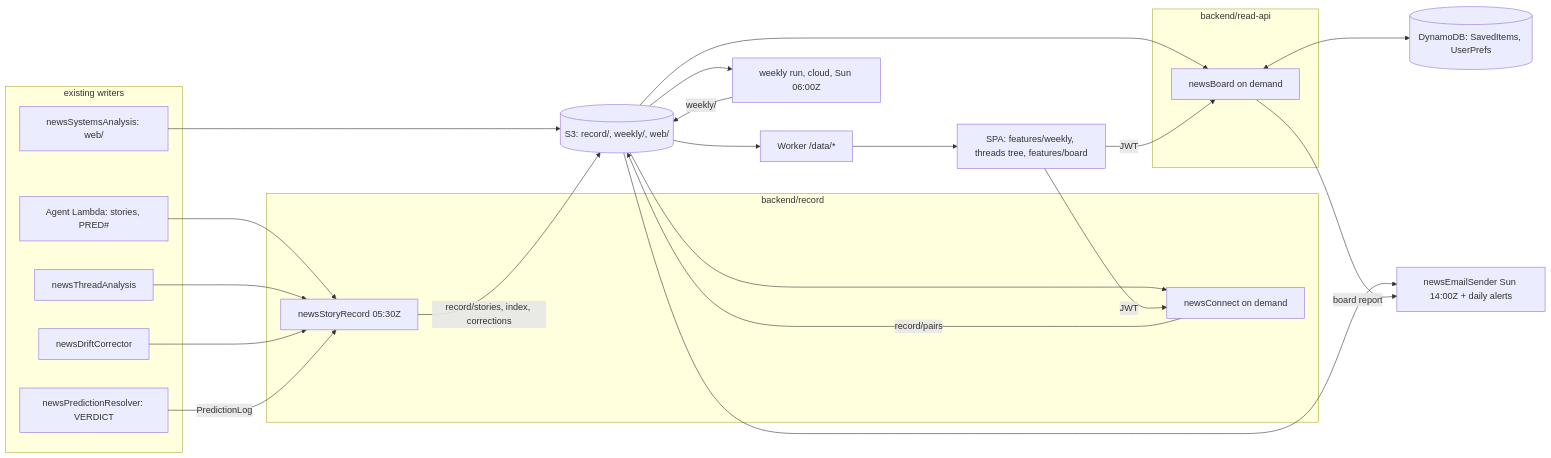
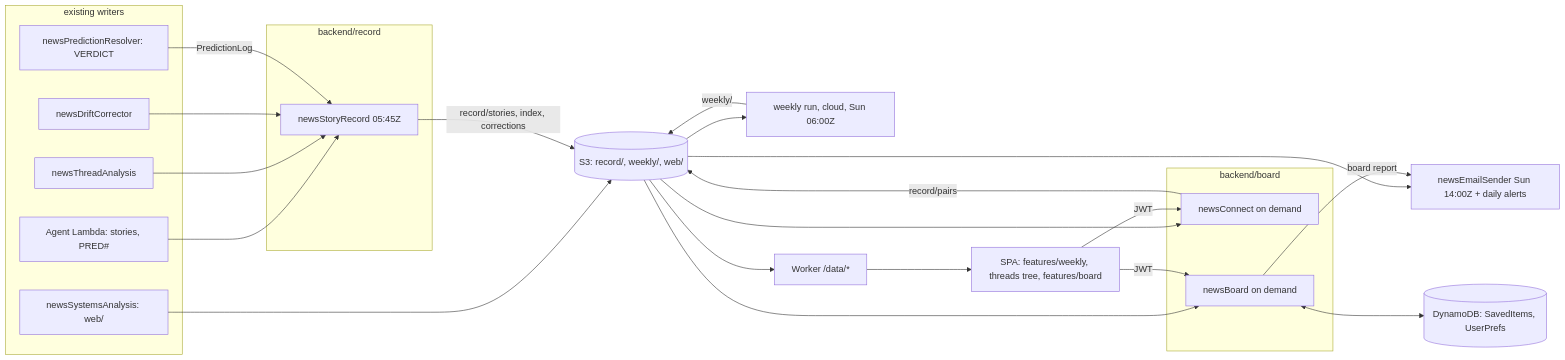
The diagram in project-docs/architecture/ARCHITECTURE_RECORD.md (BenBen05059997/globalPerspective-v1), drawn with Mermaid before and after one commit. The commit also changed other lines of this file and 5 other files, not shown here.

First line of the commit message:
Three names, own folders: record (backend/record), weekly (weekly run + features/weekly), board (backend/board + features/board); Studio board plan renamed to PLAN_2026-10-20_board.md; docs and index updated

````diff
--- a/project-docs/architecture/ARCHITECTURE_RECORD.md
+++ b/project-docs/architecture/ARCHITECTURE_RECORD.md
@@ -99,40 +108,40 @@
 ```mermaid
 flowchart LR
   subgraph existing[existing writers]
     ag[Agent Lambda: stories, PRED#]
     ta[newsThreadAnalysis]
     dc[newsDriftCorrector]
     sa[newsSystemsAnalysis: web/]
     pr[newsPredictionResolver: VERDICT]
   end
   subgraph record[backend/record]
-    sr[newsStoryRecord 05:30Z]
+    sr[newsStoryRecord 05:45Z]
+  end
+  subgraph board[backend/board]
     cn[newsConnect on demand]
-  end
-  subgraph readapi[backend/read-api]
     bd[newsBoard on demand]
   end
   wk[weekly run, cloud, Sun 06:00Z]
   es[newsEmailSender Sun 14:00Z + daily alerts]
   s3[(S3: record/, weekly/, web/)]
   ddb[(DynamoDB: SavedItems, UserPrefs)]
   worker[Worker /data/*]
   spa[SPA: features/weekly, threads tree, features/board]
   ag --> sr
   ta --> sr
   dc --> sr
   sa --> s3
   pr -->|PredictionLog| sr
   sr -->|record/stories, index, corrections| s3
   s3 --> cn
   cn -->|record/pairs| s3
   s3 --> wk
   wk -->|weekly/| s3
   s3 --> bd
   bd <--> ddb
   s3 --> es
   bd -->|board report| es
   s3 --> worker --> spa
   spa -->|JWT| bd
   spa -->|JWT| cn
 ```
````
